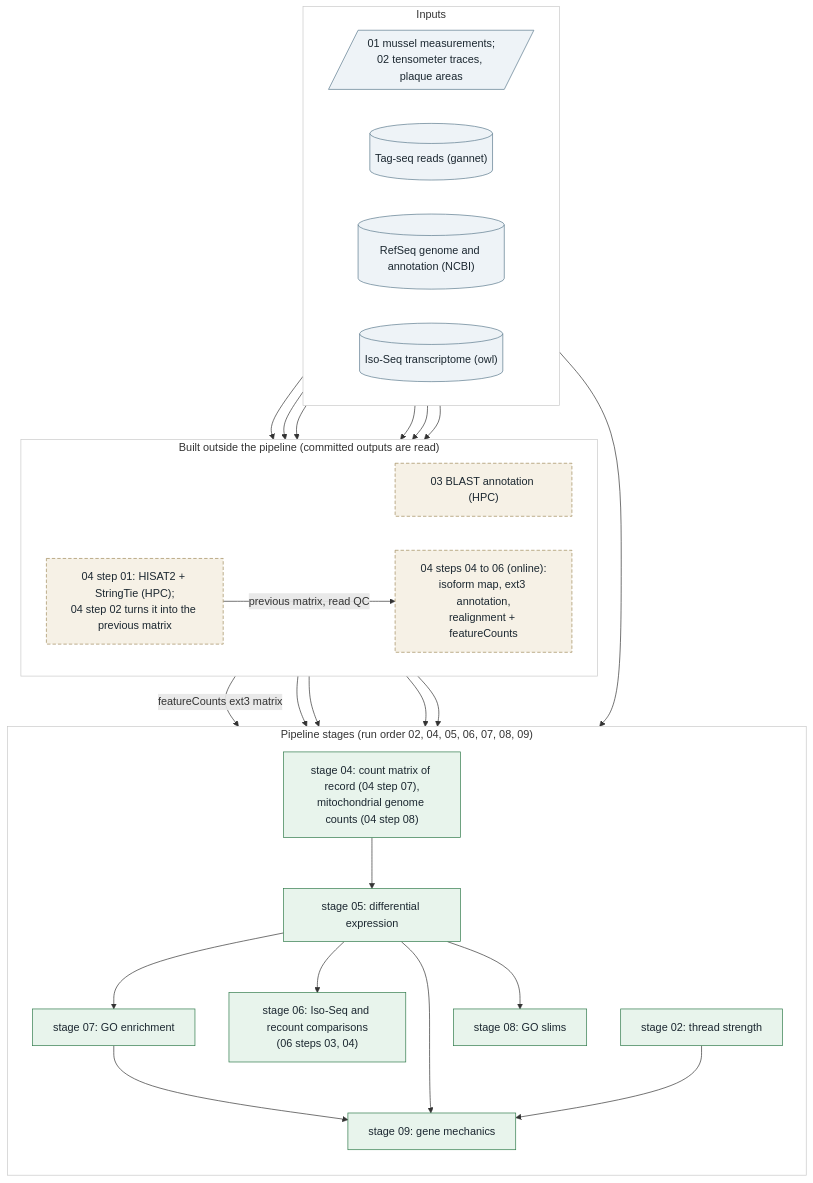
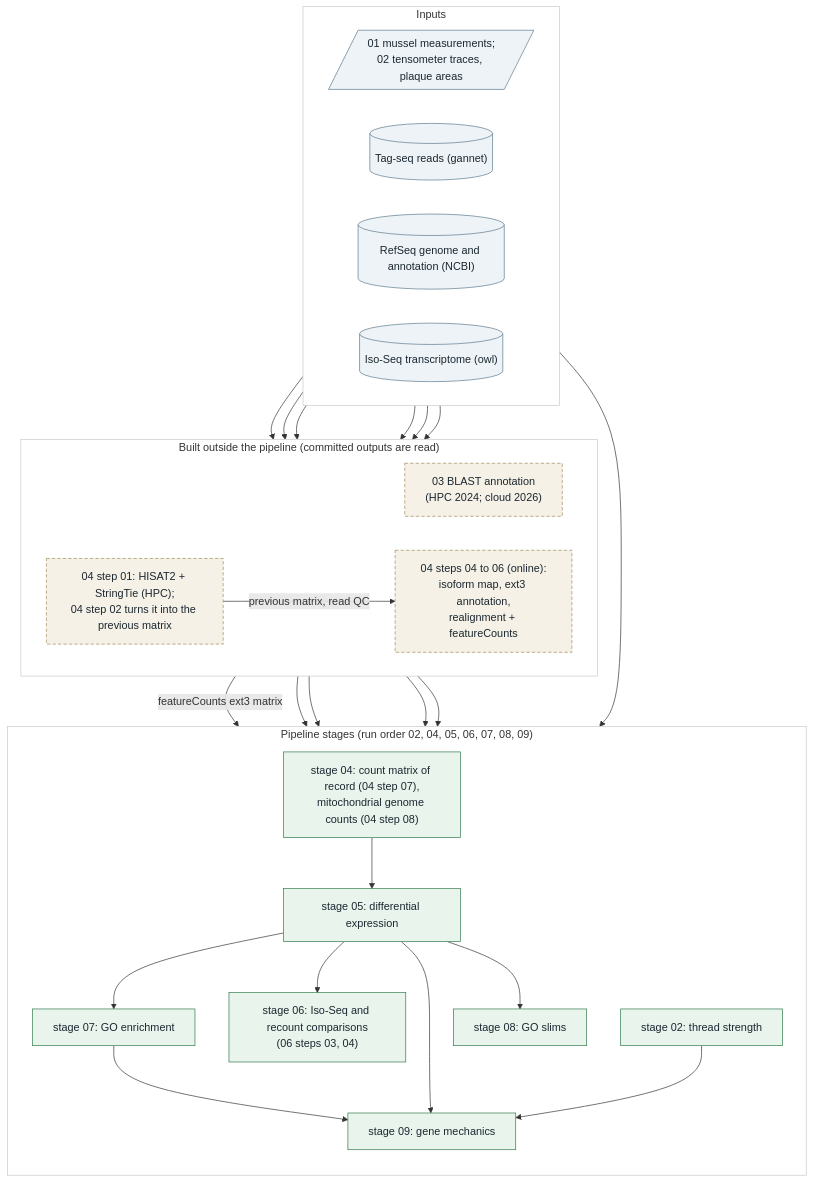
One commit to mattgeorgephd/PSMFC-mytilus-byssus-pilot changed the first of 9 diagrams in README.md. Above: the diagram before and after it, drawn with Mermaid. The commit also changed other lines of this file and 24 other files, not shown here.

````diff
--- a/README.md
+++ b/README.md
@@ -103,55 +103,55 @@
 ```mermaid
 flowchart TB
   subgraph IN["Inputs"]
     direction LR
     raw1[/"01 mussel measurements;<br>02 tensometer traces, plaque areas"/]
     reads[("Tag-seq reads (gannet)")]
     ref[("RefSeq genome and annotation (NCBI)")]
     iso[("Iso-Seq transcriptome (owl)")]
   end
   subgraph OFF["Built outside the pipeline (committed outputs are read)"]
     direction LR
-    blast["03 BLAST annotation (HPC)"]
+    blast["03 BLAST annotation<br>(HPC 2024; cloud 2026)"]
     hpc["04 step 01: HISAT2 + StringTie (HPC);<br>04 step 02 turns it into the previous matrix"]
     build["04 steps 04 to 06 (online):<br>isoform map, ext3 annotation,<br>realignment + featureCounts"]
   end
   subgraph RUN["Pipeline stages (run order 02, 04, 05, 06, 07, 08, 09)"]
     direction TB
     s02["stage 02: thread strength"]
     s04["stage 04: count matrix of record (04 step 07),<br>mitochondrial genome counts (04 step 08)"]
     s05["stage 05: differential expression"]
     s06["stage 06: Iso-Seq and recount comparisons<br>(06 steps 03, 04)"]
     s07["stage 07: GO enrichment"]
     s08["stage 08: GO slims"]
     s09["stage 09: gene mechanics"]
   end
   raw1 --> s02
   reads --> hpc
   ref --> hpc
   ref --> blast
   reads --> build
   ref --> build
   iso --> build
   hpc -- "previous matrix, read QC" --> build
   build -- "featureCounts ext3 matrix" --> s04
   s04 --> s05
   blast --> s05
   blast --> s07
   blast --> s09
   s05 --> s06
   build --> s06
   s05 --> s07
   s05 --> s08
   s07 --> s09
   s05 --> s09
   s02 --> s09
   classDef ext fill:#eef3f7,stroke:#5b7a8c,color:#1b2730
   classDef off fill:#f6f1e6,stroke:#a08a5a,stroke-dasharray:5 3,color:#1b2730
   classDef run fill:#e8f4ec,stroke:#2f7a4a,color:#1b2730
   class raw1,reads,ref,iso ext
   class blast,hpc,build off
   class s02,s04,s05,s06,s07,s08,s09 run
   style IN fill:#ffffff,stroke:#c9c9c9
   style OFF fill:#ffffff,stroke:#c9c9c9
   style RUN fill:#ffffff,stroke:#c9c9c9
 ```
````
